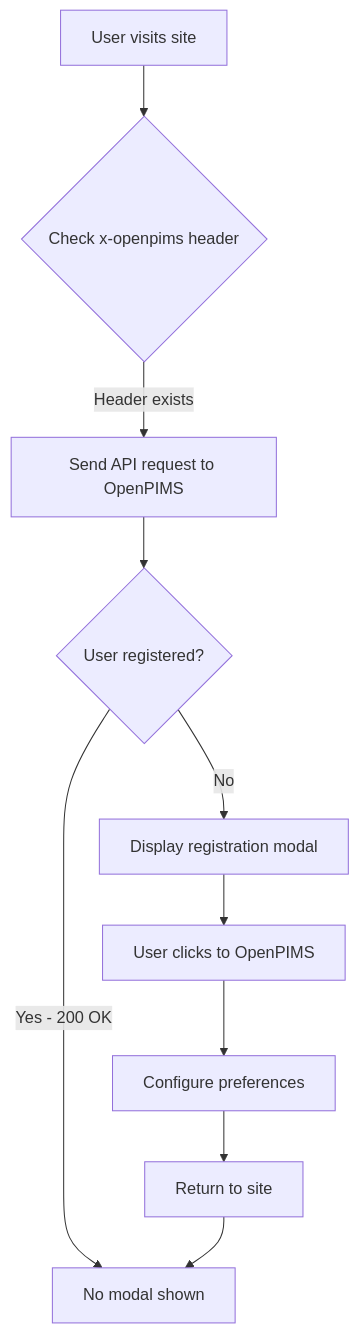
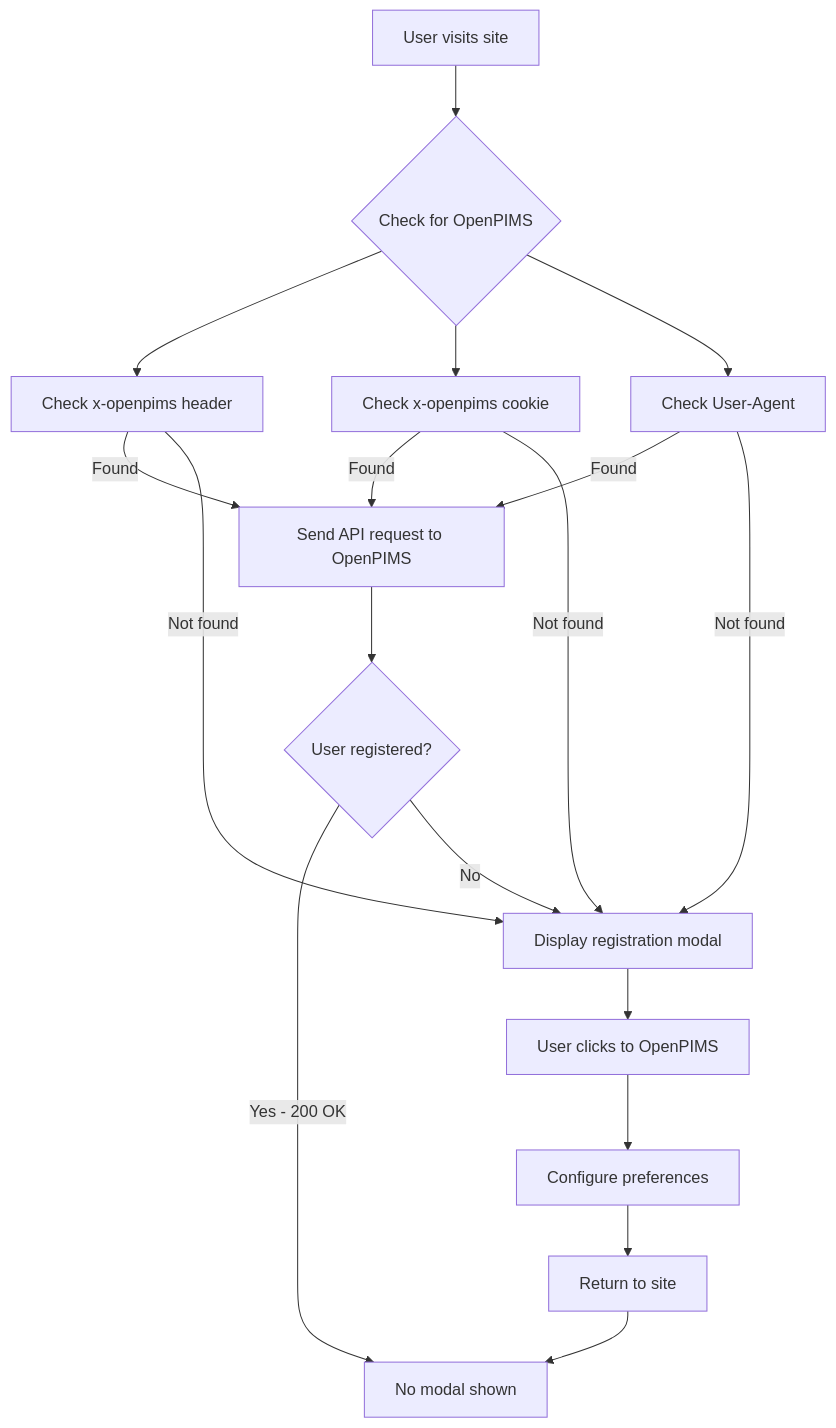
One commit to openpims/wordpress changed the diagram in README.md. Above: the diagram before and after it, drawn with Mermaid. The commit also changed other lines of this file and 2 other files, not shown here.

Commit message:
add check for cookie

````diff
--- a/README.md
+++ b/README.md
@@ -96,12 +96,20 @@
 ```mermaid
 graph TD
-    A[User visits site] --> B{Check x-openpims header}
-    B -->|Header exists| C[Send API request to OpenPIMS]
+    A[User visits site] --> B{Check for OpenPIMS}
+    B --> B1[Check x-openpims header]
+    B --> B2[Check x-openpims cookie]
+    B --> B3[Check User-Agent]
+    B1 -->|Found| C[Send API request to OpenPIMS]
+    B2 -->|Found| C
+    B3 -->|Found| C
+    B1 -->|Not found| F[Display registration modal]
+    B2 -->|Not found| F
+    B3 -->|Not found| F
     C --> D{User registered?}
     D -->|Yes - 200 OK| E[No modal shown]
-    D -->|No| F[Display registration modal]
+    D -->|No| F
     F --> G[User clicks to OpenPIMS]
     G --> H[Configure preferences]
     H --> I[Return to site]
     I --> E
 ```
````
